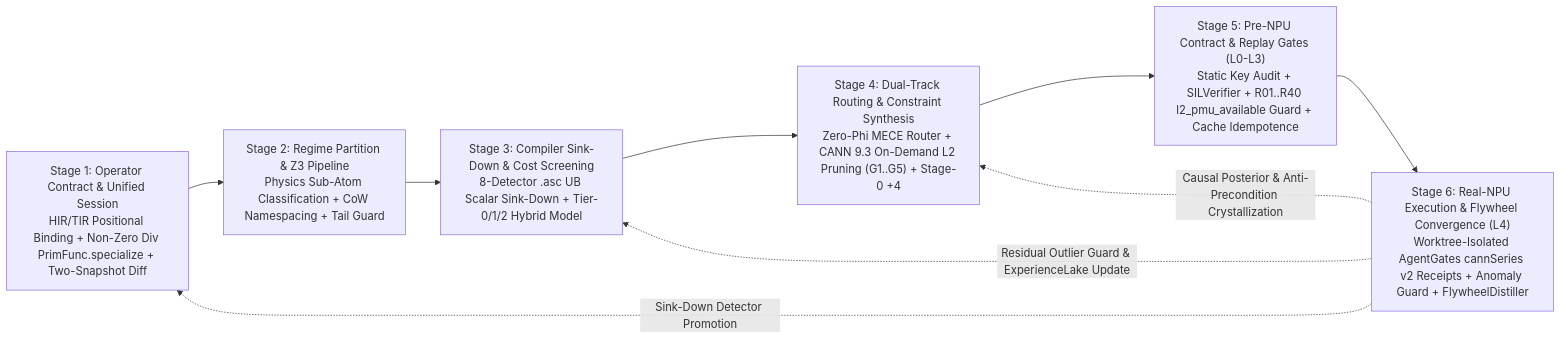
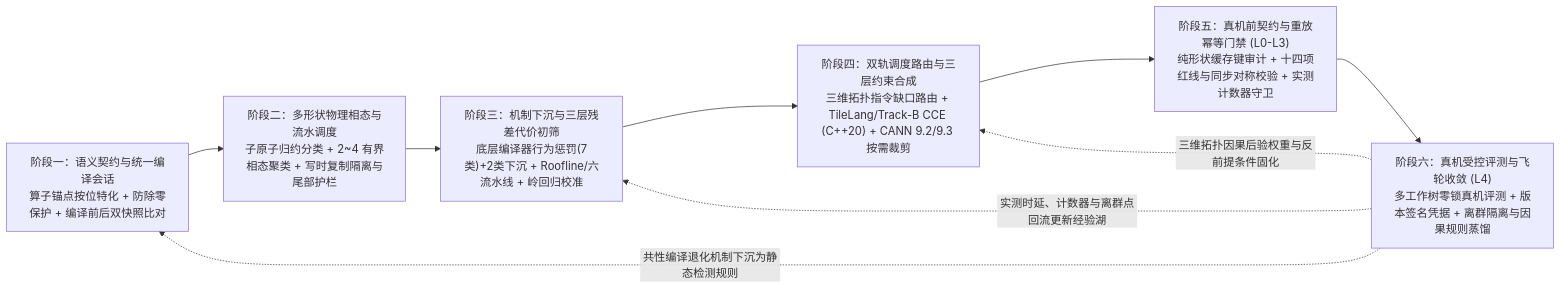
The diagram in docs/reports/tilefoundry_ascend_e2e_flow.mmd (jingchangshi/TileFoundry), drawn with Mermaid before and after one commit. The commit also changed 24 other files, not shown here.

Commit message:
fix(ascend): close V4.7 E2E wiring gaps, honest div-zero guard, and Chinese architecture views

```diff
--- a/docs/reports/tilefoundry_ascend_e2e_flow.mmd
+++ b/docs/reports/tilefoundry_ascend_e2e_flow.mmd
@@ -1,12 +1,12 @@
 flowchart LR
-  S1["Stage 1: Operator Contract & Unified Session<br/>HIR/TIR Positional Binding + Non-Zero Div PrimFunc.specialize + Two-Snapshot Diff"]
-  S2["Stage 2: Regime Partition & Z3 Pipeline<br/>Physics Sub-Atom Classification + CoW Namespacing + Tail Guard"]
-  S3["Stage 3: Compiler Sink-Down & Cost Screening<br/>8-Detector .asc UB Scalar Sink-Down + Tier-0/1/2 Hybrid Model"]
-  S4["Stage 4: Dual-Track Routing & Constraint Synthesis<br/>Zero-Phi MECE Router + CANN 9.3 On-Demand L2 Pruning (G1..G5) + Stage-0 +4"]
-  S5["Stage 5: Pre-NPU Contract & Replay Gates (L0-L3)<br/>Static Key Audit + SILVerifier + R01..R40 l2_pmu_available Guard + Cache Idempotence"]
-  S6["Stage 6: Real-NPU Execution & Flywheel Convergence (L4)<br/>Worktree-Isolated AgentGates cannSeries v2 Receipts + Anomaly Guard + FlywheelDistiller"]
+  S1["阶段一：语义契约与统一编译会话<br/>算子锚点按位特化 + 防除零保护 + 编译前后双快照比对"]
+  S2["阶段二：多形状物理相态与流水调度<br/>子原子归约分类 + 2~4 有界相态聚类 + 写时复制隔离与尾部护栏"]
+  S3["阶段三：机制下沉与三层残差代价初筛<br/>底层编译器行为惩罚(7类)+2类下沉 + Roofline/六流水线 + 岭回归校准"]
+  S4["阶段四：双轨调度路由与三层约束合成<br/>三维拓扑指令缺口路由 + TileLang/Track-B CCE (C++20) + CANN 9.2/9.3 按需裁剪"]
+  S5["阶段五：真机前契约与重放幂等门禁 (L0-L3)<br/>纯形状缓存键审计 + 十四项红线与同步对称校验 + 实测计数器守卫"]
+  S6["阶段六：真机受控评测与飞轮收敛 (L4)<br/>多工作树零锁真机评测 + 版本签名凭据 + 离群隔离与因果规则蒸馏"]
 
   S1 --> S2 --> S3 --> S4 --> S5 --> S6
-  S6 -. "Residual Outlier Guard & ExperienceLake Update" .-> S3
-  S6 -. "Causal Posterior & Anti-Precondition Crystallization" .-> S4
-  S6 -. "Sink-Down Detector Promotion" .-> S1
+  S6 -. "实测时延、计数器与离群点回流更新经验湖" .-> S3
+  S6 -. "三维拓扑因果后验权重与反前提条件固化" .-> S4
+  S6 -. "共性编译退化机制下沉为静态检测规则" .-> S1
```
